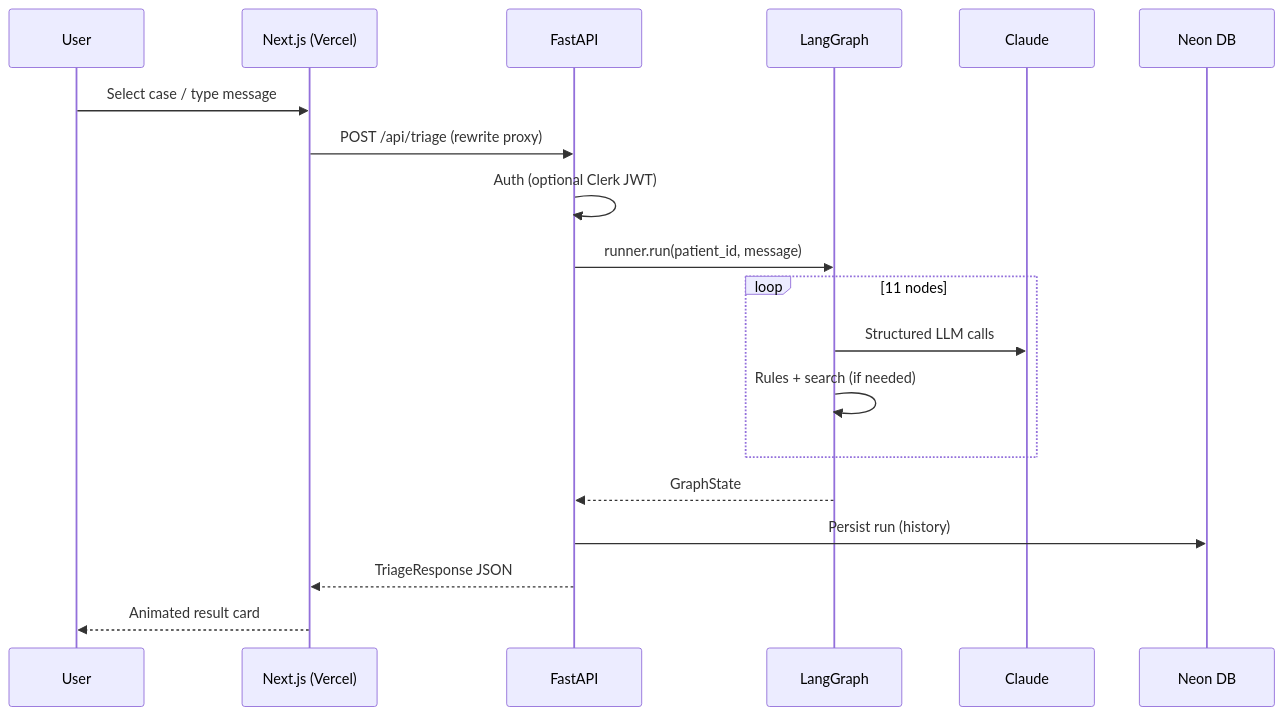
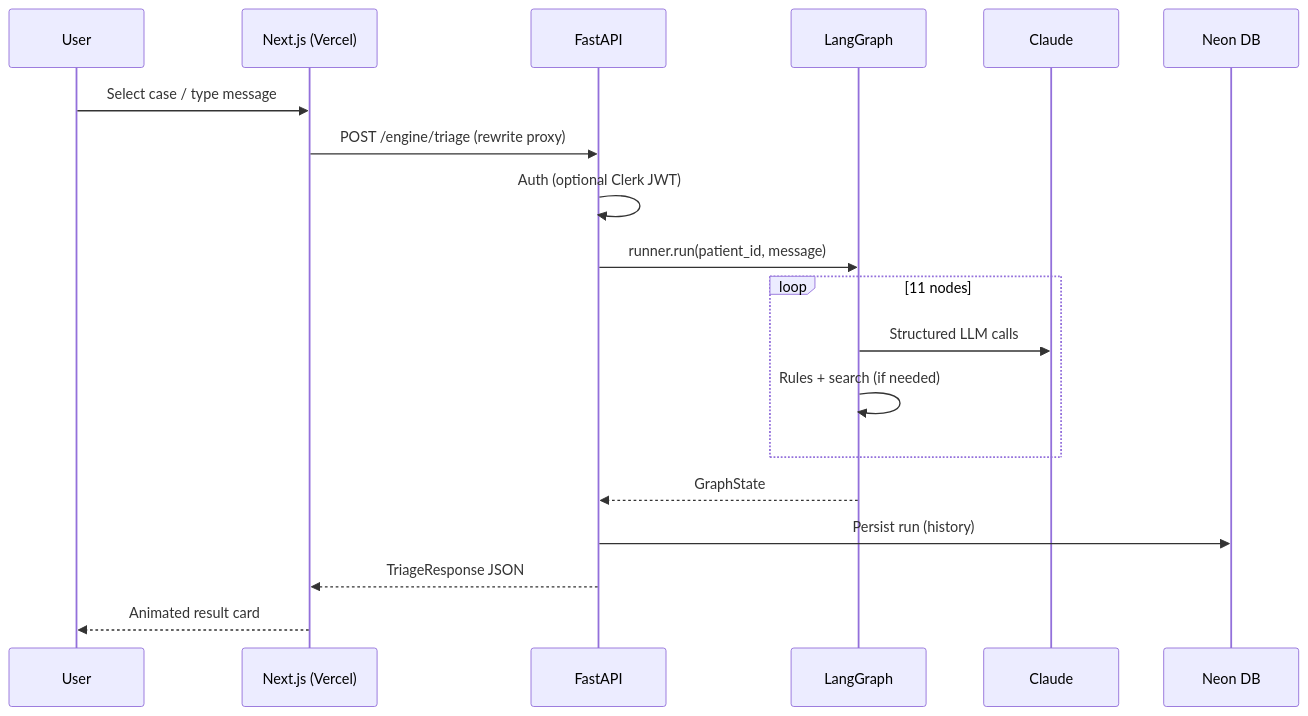
One commit to vijayshreepathak/triage-agent changed the fourth of 5 diagrams in README.md. Above: the diagram before and after it, drawn with Mermaid. The commit also changed other lines of this file and 6 other files, not shown here.

Commit message:
Fix Vercel-Render connection: use /engine proxy path instead of /api

````diff
--- a/README.md
+++ b/README.md
@@ -168,22 +168,22 @@
 ```mermaid
 sequenceDiagram
     participant U as User
     participant N as Next.js (Vercel)
     participant F as FastAPI
     participant G as LangGraph
     participant L as Claude
     participant D as Neon DB
 
     U->>N: Select case / type message
-    N->>F: POST /api/triage (rewrite proxy)
+    N->>F: POST /engine/triage (rewrite proxy)
     F->>F: Auth (optional Clerk JWT)
     F->>G: runner.run(patient_id, message)
     loop 11 nodes
         G->>L: Structured LLM calls
         G->>G: Rules + search (if needed)
     end
     G-->>F: GraphState
     F->>D: Persist run (history)
     F-->>N: TriageResponse JSON
     N-->>U: Animated result card
 ```
````
